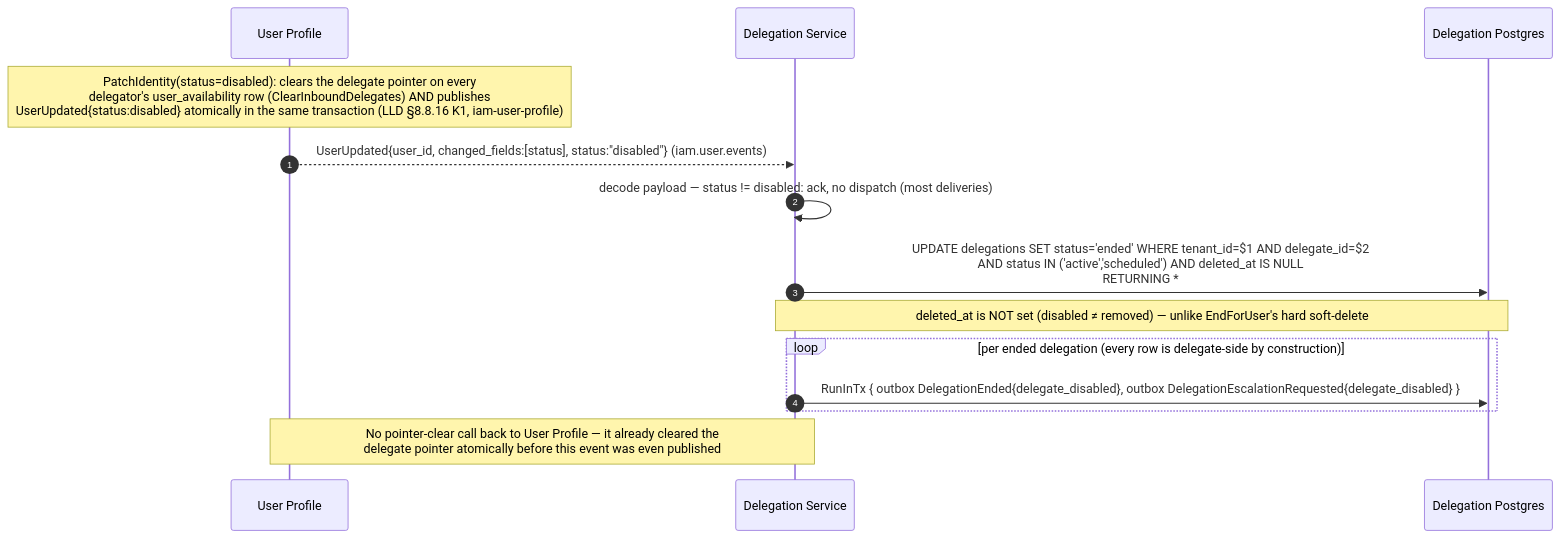
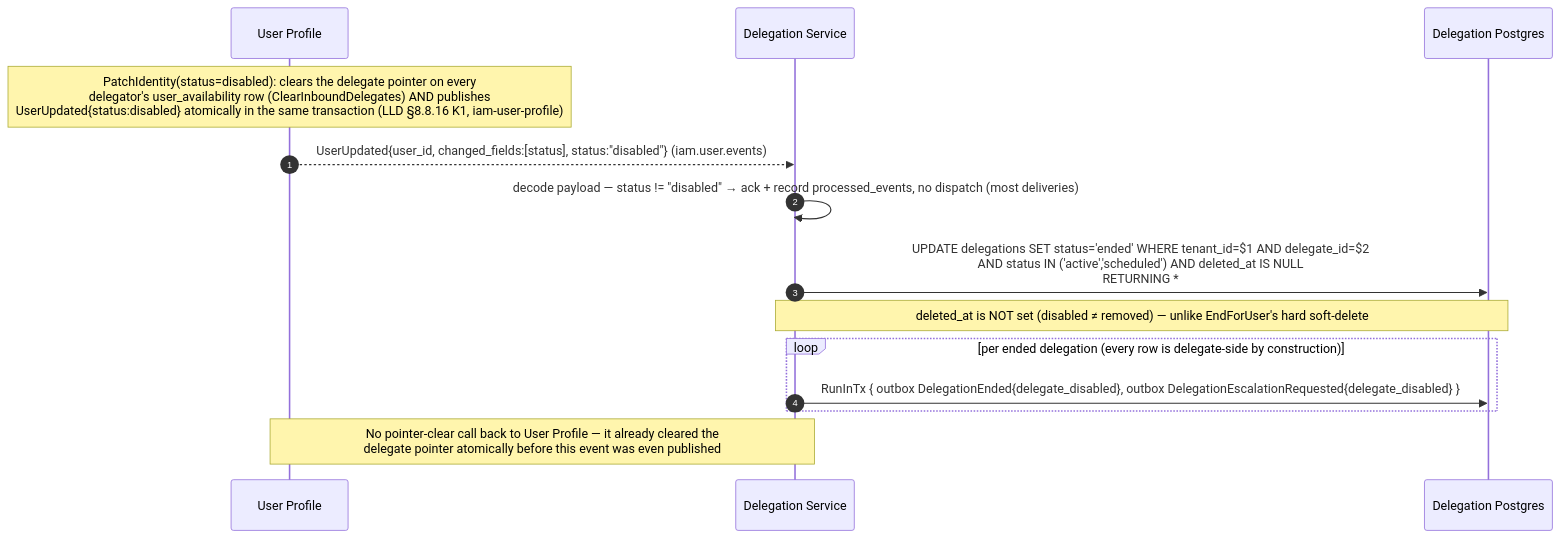
One commit to BCBP-SOLUTIONS-FZC-LLC/iam-delegation changed diagram 11 of 13 in ARCHITECTURE.md. Above: the diagram before and after it, drawn with Mermaid. The commit also changed other lines of this file and 48 other files, not shown here.

````diff
--- a/ARCHITECTURE.md
+++ b/ARCHITECTURE.md
@@ -556,17 +568,17 @@
 ```mermaid
 sequenceDiagram
     autonumber
     participant UP as User Profile
     participant DLG as Delegation Service
     participant PG as Delegation Postgres
 
     Note over UP: PatchIdentity(status=disabled): clears the delegate pointer on every<br/>delegator's user_availability row (ClearInboundDelegates) AND publishes<br/>UserUpdated{status:disabled} atomically in the same transaction (LLD §8.8.16 K1, iam-user-profile)
     UP-->>DLG: UserUpdated{user_id, changed_fields:[status], status:"disabled"} (iam.user.events)
-    DLG->>DLG: decode payload — status != disabled: ack, no dispatch (most deliveries)
+    DLG->>DLG: decode payload — status != "disabled" → ack + record processed_events, no dispatch (most deliveries)
     DLG->>PG: UPDATE delegations SET status='ended' WHERE tenant_id=$1 AND delegate_id=$2<br/>AND status IN ('active','scheduled') AND deleted_at IS NULL<br/>RETURNING *
     Note over DLG,PG: deleted_at is NOT set (disabled ≠ removed) — unlike EndForUser's hard soft-delete
     loop per ended delegation (every row is delegate-side by construction)
         DLG->>PG: RunInTx { outbox DelegationEnded{delegate_disabled}, outbox DelegationEscalationRequested{delegate_disabled} }
     end
     Note over DLG,UP: No pointer-clear call back to User Profile — it already cleared the<br/>delegate pointer atomically before this event was even published
 ```
````
